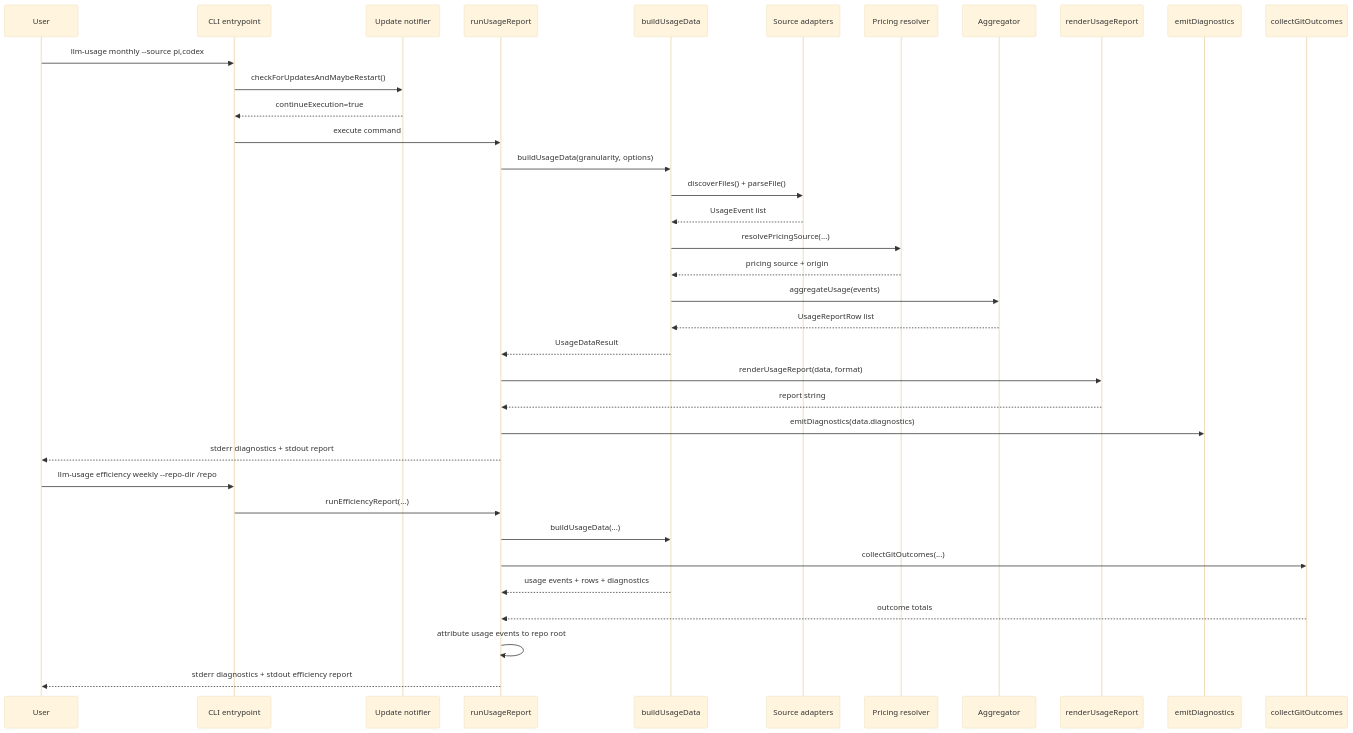
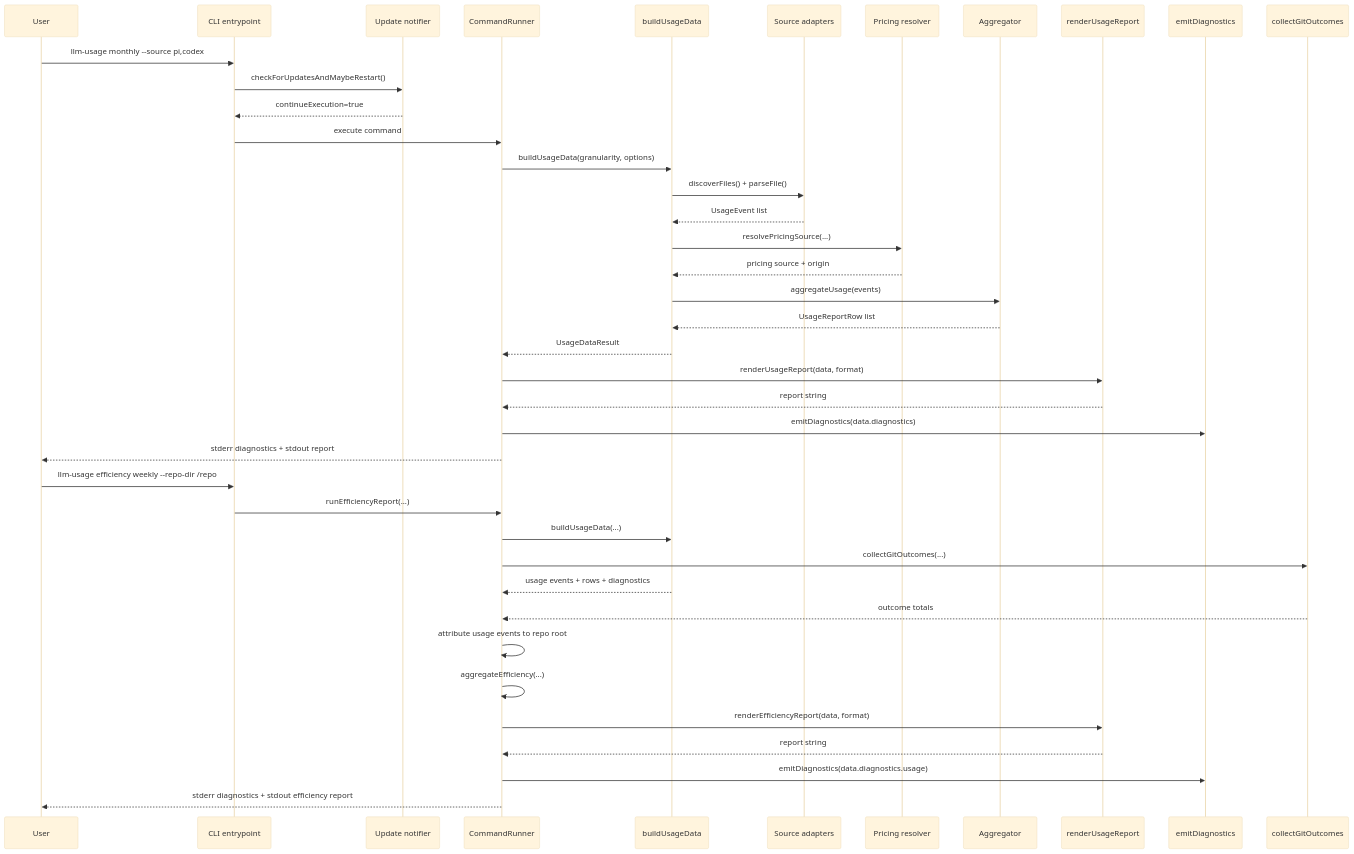
The second of 2 diagrams in docs/architecture.md (ben-vargas/ai-llm-usage-metrics), drawn with Mermaid (base theme) before and after one commit. The commit also changed 10 other files, not shown here.

````diff
--- a/docs/architecture.md
+++ b/docs/architecture.md
@@ -53,40 +53,44 @@
 ```mermaid
 sequenceDiagram
     participant User
     participant Entry as CLI entrypoint
     participant Update as Update notifier
-    participant Run as runUsageReport
+    participant Run as CommandRunner
     participant Build as buildUsageData
     participant Adapter as Source adapters
     participant Pricing as Pricing resolver
     participant Agg as Aggregator
     participant Render as renderUsageReport
     participant Emit as emitDiagnostics
     participant Git as collectGitOutcomes
 
     User->>Entry: llm-usage monthly --source pi,codex
     Entry->>Update: checkForUpdatesAndMaybeRestart()
     Update-->>Entry: continueExecution=true
     Entry->>Run: execute command
     Run->>Build: buildUsageData(granularity, options)
     Build->>Adapter: discoverFiles() + parseFile()
     Adapter-->>Build: UsageEvent list
     Build->>Pricing: resolvePricingSource(...)
     Pricing-->>Build: pricing source + origin
     Build->>Agg: aggregateUsage(events)
     Agg-->>Build: UsageReportRow list
     Build-->>Run: UsageDataResult
     Run->>Render: renderUsageReport(data, format)
     Render-->>Run: report string
     Run->>Emit: emitDiagnostics(data.diagnostics)
     Run-->>User: stderr diagnostics + stdout report
 
     User->>Entry: llm-usage efficiency weekly --repo-dir /repo
     Entry->>Run: runEfficiencyReport(...)
     Run->>Build: buildUsageData(...)
     Run->>Git: collectGitOutcomes(...)
     Build-->>Run: usage events + rows + diagnostics
     Git-->>Run: outcome totals
     Run->>Run: attribute usage events to repo root
+    Run->>Run: aggregateEfficiency(...)
+    Run->>Render: renderEfficiencyReport(data, format)
+    Render-->>Run: report string
+    Run->>Emit: emitDiagnostics(data.diagnostics.usage)
     Run-->>User: stderr diagnostics + stdout efficiency report
 ```
````
